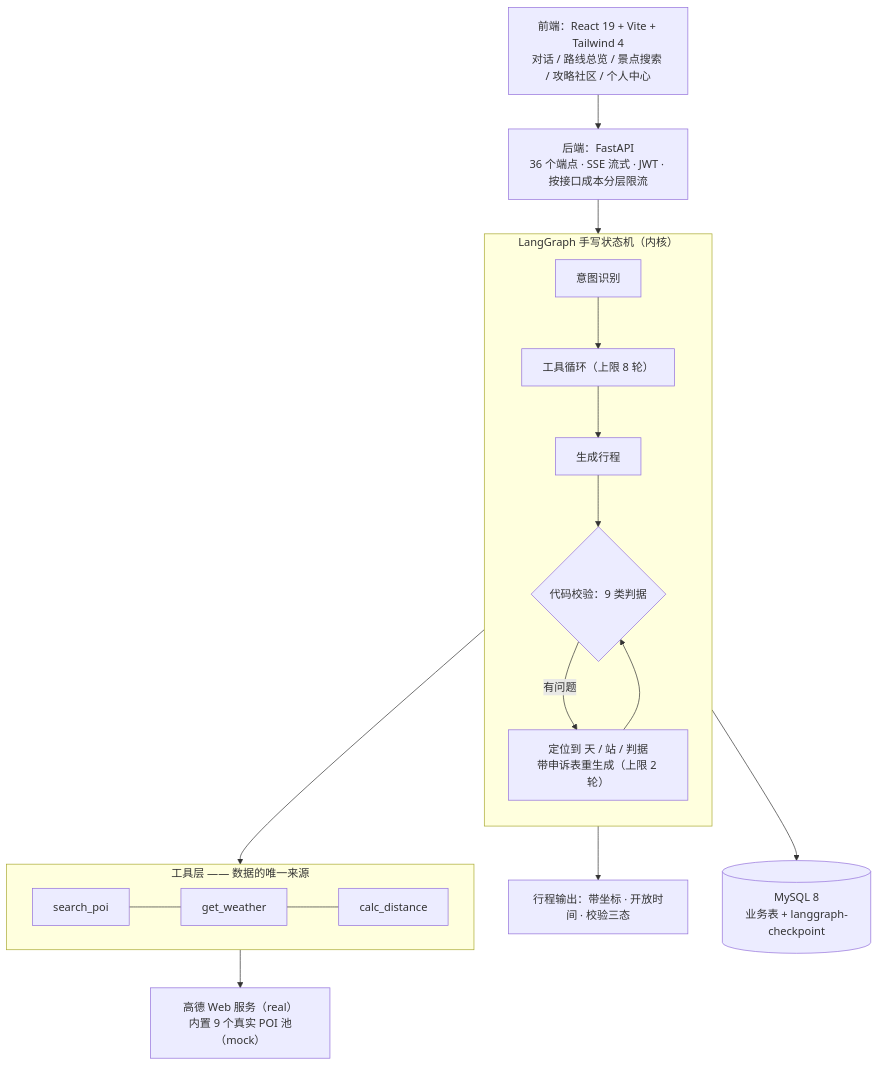
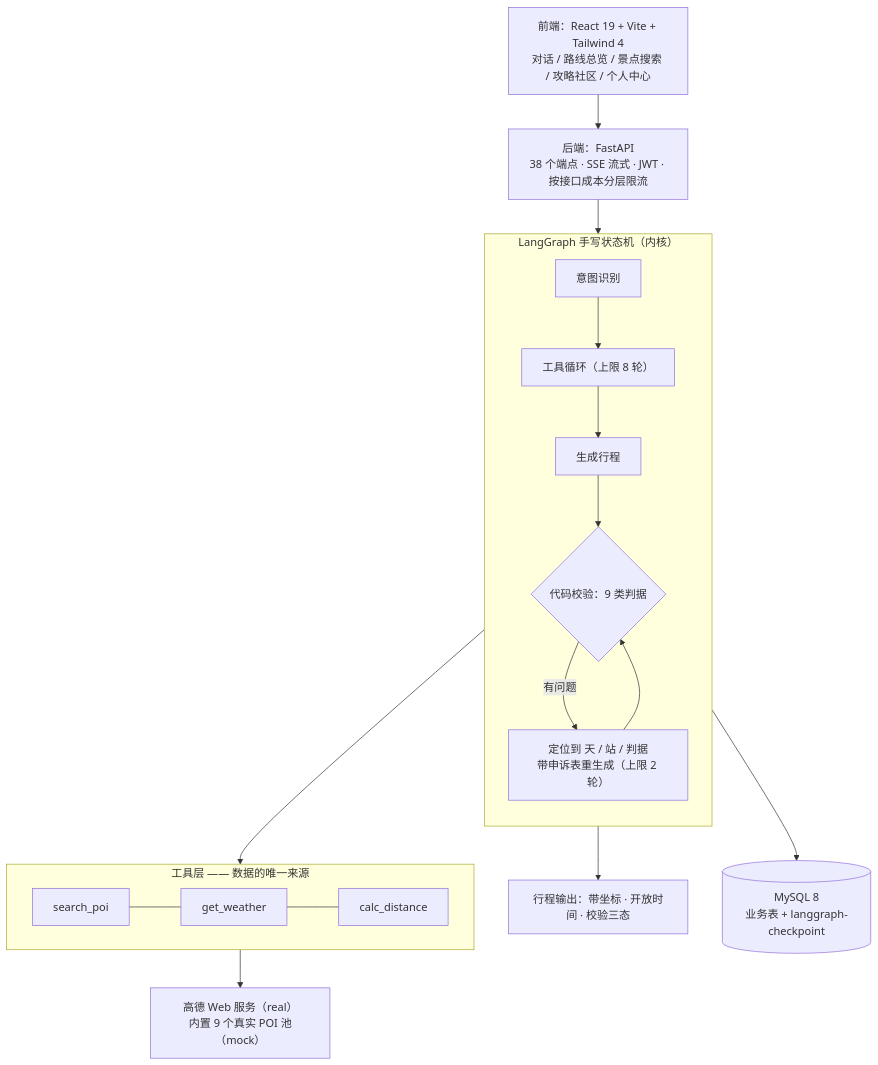
One commit to yegeer1225/travel-agent changed the diagram in README.md. Above: the diagram before and after it, drawn with Mermaid. The commit also changed other lines of this file, not shown here.

Commit message:
docs(readme): 修正门面数字腐烂(612测试/38端点/10种SSE/67类型/D81决策/70导出名/13case) + services目录树 + 文档地图补 AGENTS.md

````diff
--- a/README.md
+++ b/README.md
@@ -38,29 +38,29 @@
 ```mermaid
 flowchart TB
   subgraph G["LangGraph 手写状态机（内核）"]
     direction TB
     N1["意图识别"] --> N2["工具循环（上限 8 轮）"]
     N2 --> N3["生成行程"]
     N3 --> N4{"代码校验：9 类判据"}
     N4 -->|有问题| N5["定位到 天 / 站 / 判据<br/>带申诉表重生成（上限 2 轮）"]
     N5 --> N4
   end
 
   subgraph T["工具层 —— 数据的唯一来源"]
     direction LR
     T1["search_poi"] --- T2["get_weather"] --- T3["calc_distance"]
   end
 
   FE["前端：React 19 + Vite + Tailwind 4<br/>对话 / 路线总览 / 景点搜索 / 攻略社区 / 个人中心"]
-  API["后端：FastAPI<br/>36 个端点 · SSE 流式 · JWT · 按接口成本分层限流"]
+  API["后端：FastAPI<br/>38 个端点 · SSE 流式 · JWT · 按接口成本分层限流"]
   OUT["行程输出：带坐标 · 开放时间 · 校验三态"]
   V["高德 Web 服务（real）<br/>内置 9 个真实 POI 池（mock）"]
   DB[("MySQL 8<br/>业务表 + langgraph-checkpoint")]
 
   FE --> API
   API --> N1
   N1 --> T
   T --> V
   N4 --> OUT
   G --> DB
 ```
````
